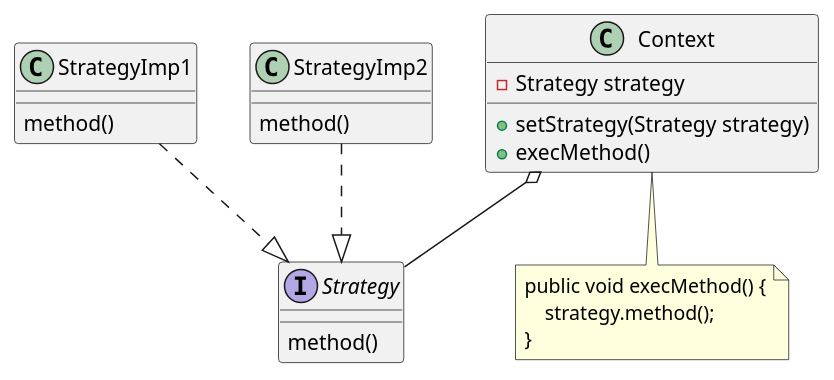
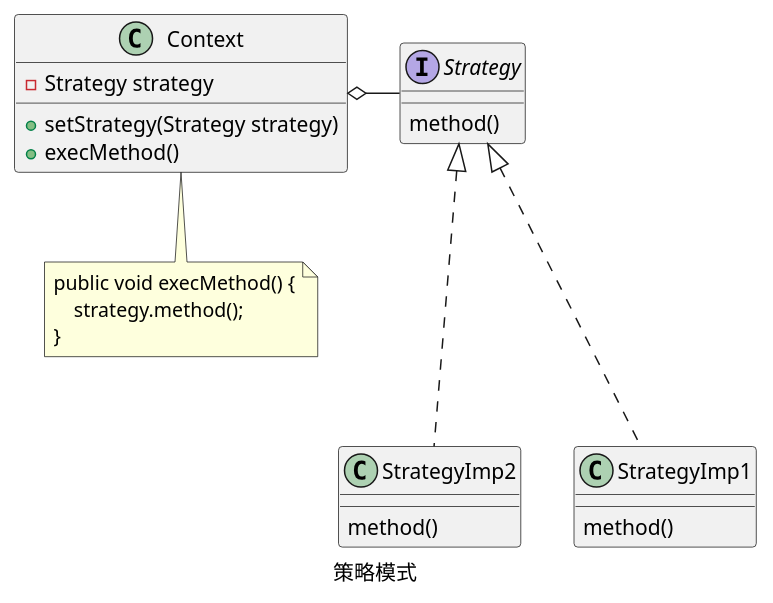
Before and after one commit to jonathanzhan/design-pattern: the diagram in src/main/java/com/workfocus/dp/behavior/strategy/strategy.puml, drawn with PlantUML.

Commit message:
策略模式UML调整优化

```diff
--- a/src/main/java/com/workfocus/dp/behavior/strategy/strategy.puml
+++ b/src/main/java/com/workfocus/dp/behavior/strategy/strategy.puml
@@ -1,33 +1,31 @@
 @startuml
-
+caption 策略模式
 interface Strategy
 
 Strategy : method()
 
 class Context {
     - Strategy strategy
     + setStrategy(Strategy strategy)
     + execMethod()
 }
 
 note as N1
 public void execMethod() {
     strategy.method();
 }
 end note
 Context .. N1
 
 class StrategyImp1 {
     method()
 }
 
 class StrategyImp2 {
     method()
 }
-
-Context o-- Strategy
-
-StrategyImp1 ..|> Strategy
-StrategyImp2 ..|> Strategy
+Strategy -left--o Context
+StrategyImp2 -up..|> Strategy
+StrategyImp1 -up..|> Strategy
 
 @enduml
```
